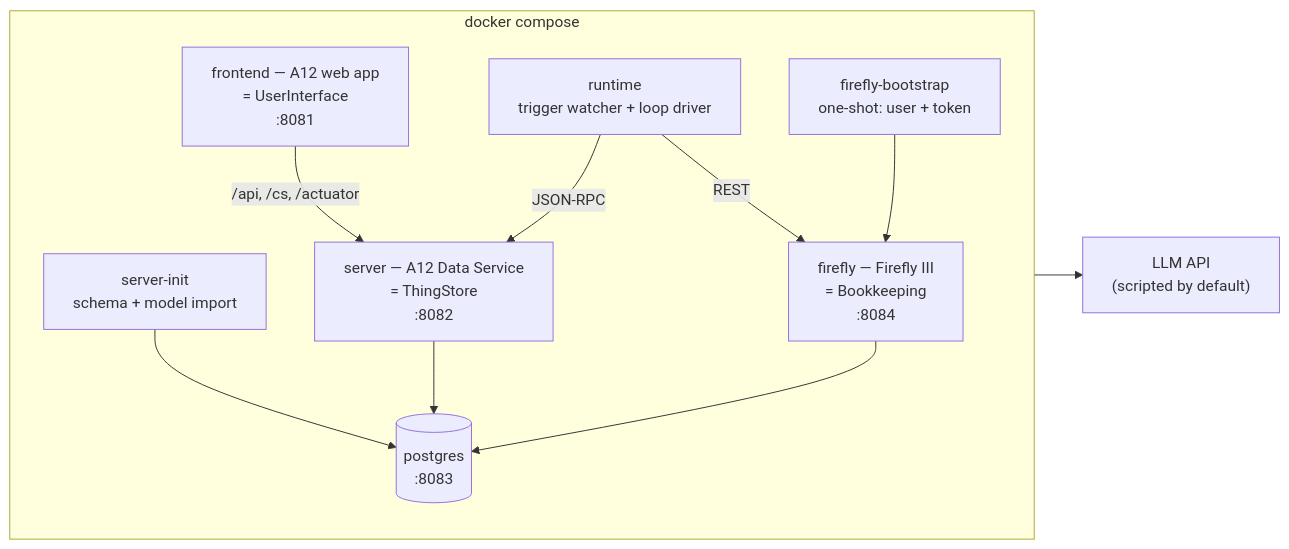
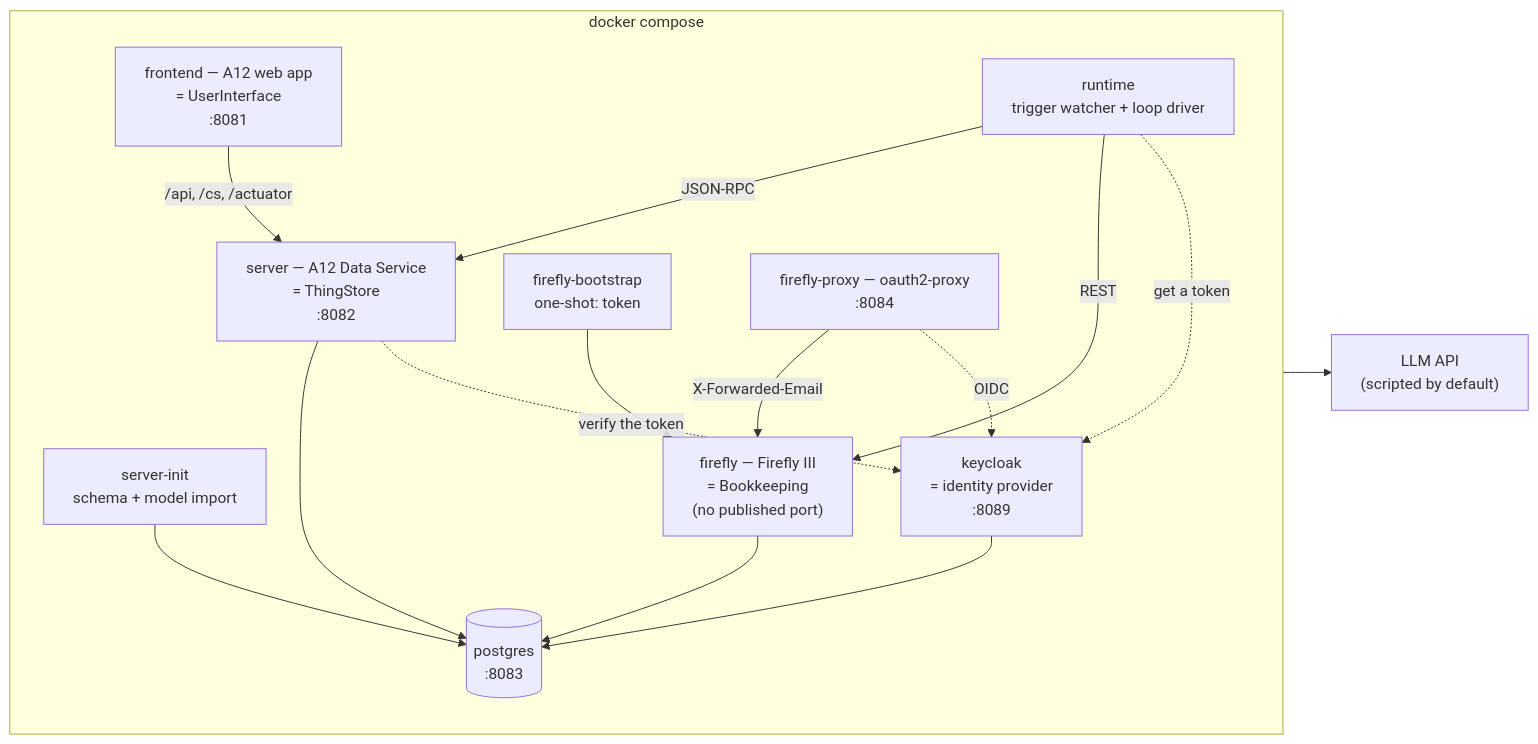
One commit to tillg/assistants changed the first of 2 diagrams in README.md. Above: the diagram before and after it, drawn with Mermaid. The commit also changed other lines of this file and 48 other files, not shown here.

First line of the commit message:
feat(auth): Keycloak as the identity provider, secrets in one gitignored .env

````diff
--- a/README.md
+++ b/README.md
@@ -47,23 +47,30 @@
 ```mermaid
 flowchart LR
     subgraph compose["docker compose"]
         direction TB
         PG[("postgres<br/>:8083")]
+        KC["keycloak<br/>= identity provider<br/>:8089"]
         SRV["server — A12 Data Service<br/>= ThingStore<br/>:8082"]
         INIT["server-init<br/>schema + model import"]
         FE["frontend — A12 web app<br/>= UserInterface<br/>:8081"]
         RT["runtime<br/>trigger watcher + loop driver"]
-        FF["firefly — Firefly III<br/>= Bookkeeping<br/>:8084"]
-        FB["firefly-bootstrap<br/>one-shot: user + token"]
+        FP["firefly-proxy — oauth2-proxy<br/>:8084"]
+        FF["firefly — Firefly III<br/>= Bookkeeping<br/>(no published port)"]
+        FB["firefly-bootstrap<br/>one-shot: token"]
     end
     LLM["LLM API<br/>(scripted by default)"]
 
     INIT --> PG
     SRV --> PG
     FF --> PG
+    KC --> PG
     FE -->|"/api, /cs, /actuator"| SRV
     RT -->|JSON-RPC| SRV
     RT -->|REST| FF
     RT --> LLM
     FB --> FF
+    FP -->|"X-Forwarded-Email"| FF
+    SRV -.->|"verify the token"| KC
+    RT -.->|"get a token"| KC
+    FP -.->|"OIDC"| KC
 ```
````
